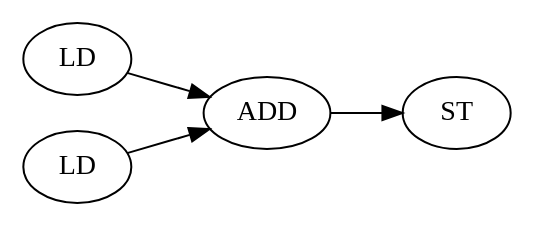
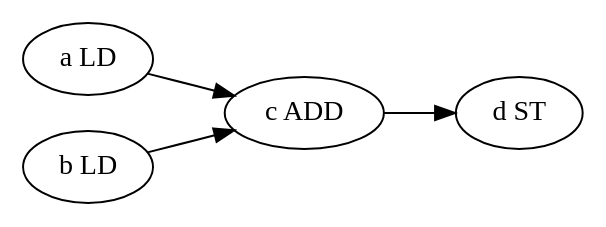
Before and after one commit to kareltucek/ctb: the diagram in thesis/contents/graphs/adder.dot, drawn with Graphviz. The commit also changed 8 other files, not shown here.

Commit message:
generate graphs in nicer way

```diff
--- a/thesis/contents/graphs/adder.dot
+++ b/thesis/contents/graphs/adder.dot
@@ -1,8 +1,11 @@
 digraph{
-rankdir = LR;
-a[label=LD]
-b[label=LD]
-a -> ADD
-b -> ADD
-ADD -> ST
+#include
+  rankdir = LR;
+  a[label="a LD"]
+  b[label="b LD"]
+  c[label="c ADD"]
+  d[label="d ST"]
+  a -> c
+  b -> c
+  c -> d
 }
```
